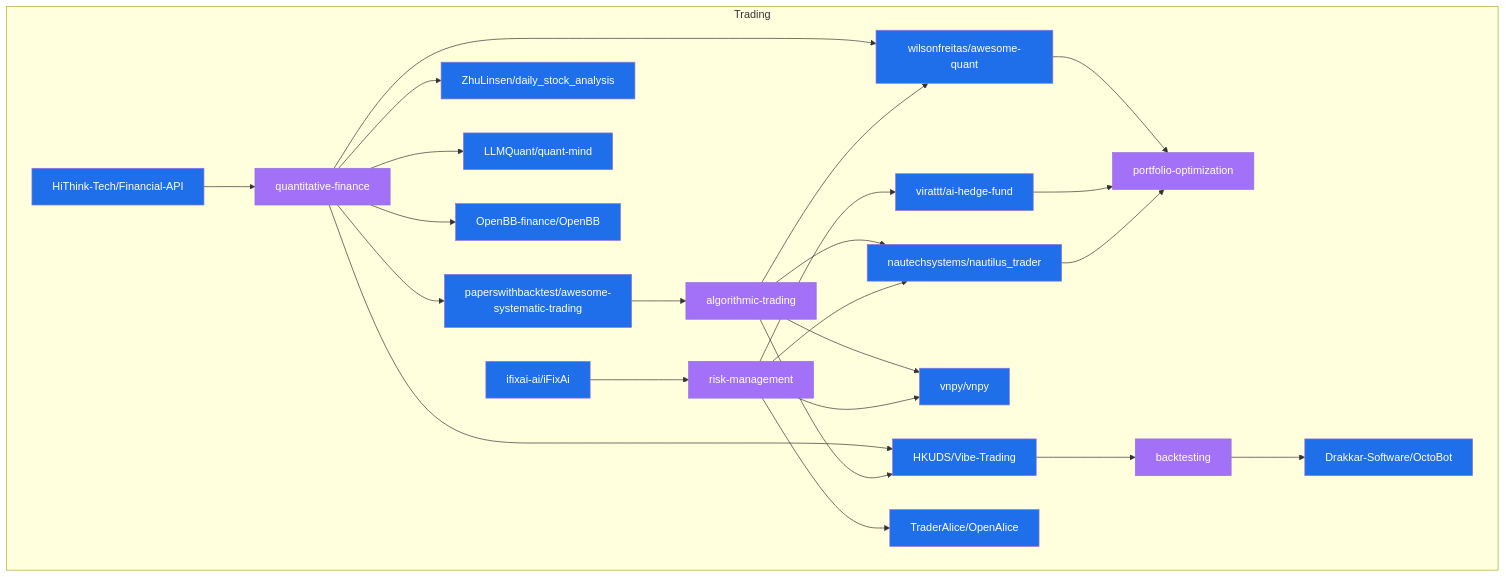
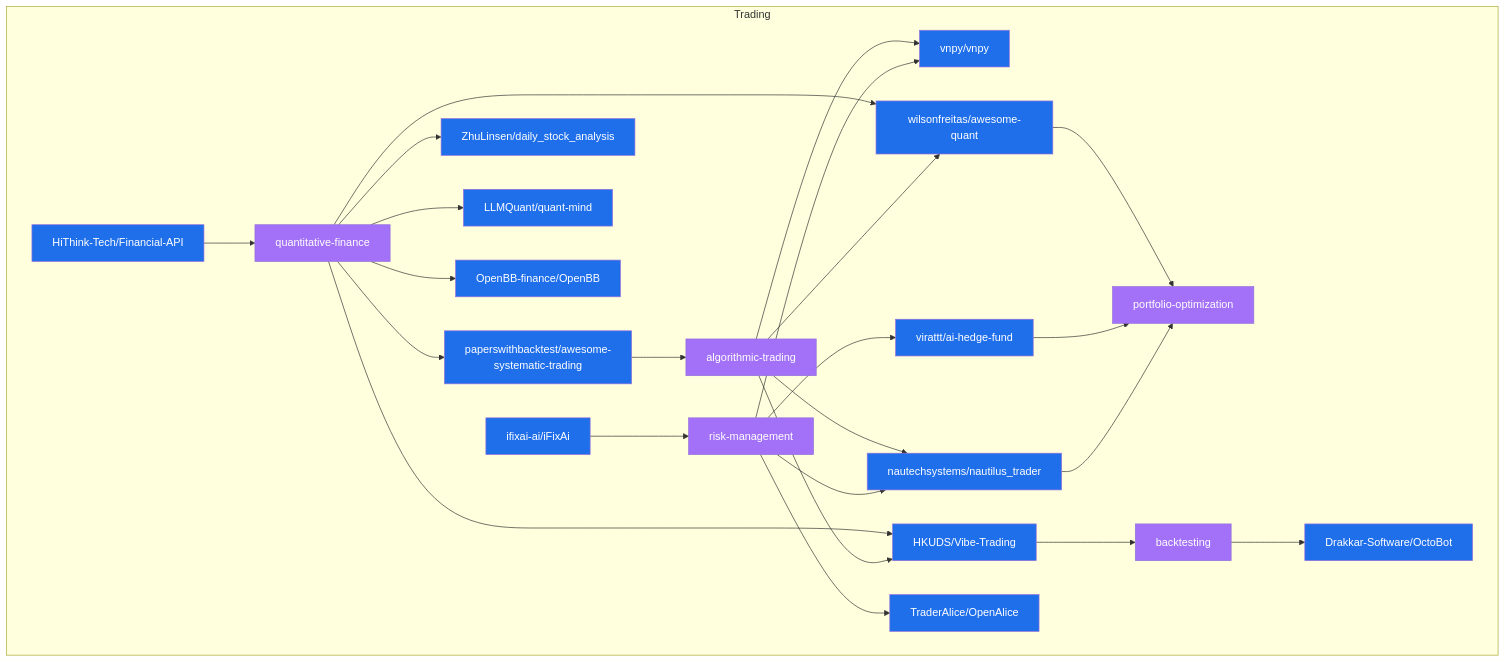
The diagram in data/star_graph_trading.mermaid (Meru143/star-graph), drawn with Mermaid before and after one commit. The commit also changed other lines of this file and 25 other files, not shown here.

Commit message:
feat: validate and explain star graph artifacts

```diff
--- a/data/star_graph_trading.mermaid
+++ b/data/star_graph_trading.mermaid
@@ -1,48 +1,48 @@
 graph TD
   subgraph trading ["Trading"]
+    vnpy_vnpy["vnpy/vnpy"]:::repo
+    paperswithbacktest_awesome_systematic_trading["paperswithbacktest/awesome-systematic-trading"]:::repo
+    nautechsystems_nautilus_trader["nautechsystems/nautilus_trader"]:::repo
+    HiThink_Tech_Financial_API["HiThink-Tech/Financial-API"]:::repo
+    algorithmic_trading["algorithmic-trading"]:::topic
+    portfolio_optimization["portfolio-optimization"]:::topic
     risk_management["risk-management"]:::topic
-    portfolio_optimization["portfolio-optimization"]:::topic
+    HKUDS_Vibe_Trading["HKUDS/Vibe-Trading"]:::repo
+    TraderAlice_OpenAlice["TraderAlice/OpenAlice"]:::repo
     wilsonfreitas_awesome_quant["wilsonfreitas/awesome-quant"]:::repo
+    ifixai_ai_iFixAi["ifixai-ai/iFixAi"]:::repo
+    quantitative_finance["quantitative-finance"]:::topic
+    LLMQuant_quant_mind["LLMQuant/quant-mind"]:::repo
+    OpenBB_finance_OpenBB["OpenBB-finance/OpenBB"]:::repo
+    backtesting["backtesting"]:::topic
+    ZhuLinsen_daily_stock_analysis["ZhuLinsen/daily_stock_analysis"]:::repo
     virattt_ai_hedge_fund["virattt/ai-hedge-fund"]:::repo
-    backtesting["backtesting"]:::topic
-    algorithmic_trading["algorithmic-trading"]:::topic
-    HiThink_Tech_Financial_API["HiThink-Tech/Financial-API"]:::repo
-    quantitative_finance["quantitative-finance"]:::topic
     Drakkar_Software_OctoBot["Drakkar-Software/OctoBot"]:::repo
-    paperswithbacktest_awesome_systematic_trading["paperswithbacktest/awesome-systematic-trading"]:::repo
-    ifixai_ai_iFixAi["ifixai-ai/iFixAi"]:::repo
-    ZhuLinsen_daily_stock_analysis["ZhuLinsen/daily_stock_analysis"]:::repo
-    LLMQuant_quant_mind["LLMQuant/quant-mind"]:::repo
-    TraderAlice_OpenAlice["TraderAlice/OpenAlice"]:::repo
-    vnpy_vnpy["vnpy/vnpy"]:::repo
-    nautechsystems_nautilus_trader["nautechsystems/nautilus_trader"]:::repo
-    OpenBB_finance_OpenBB["OpenBB-finance/OpenBB"]:::repo
-    HKUDS_Vibe_Trading["HKUDS/Vibe-Trading"]:::repo
   end
   HiThink_Tech_Financial_API --> quantitative_finance
   quantitative_finance --> paperswithbacktest_awesome_systematic_trading
   quantitative_finance --> ZhuLinsen_daily_stock_analysis
   quantitative_finance --> wilsonfreitas_awesome_quant
   quantitative_finance --> HKUDS_Vibe_Trading
   quantitative_finance --> LLMQuant_quant_mind
   quantitative_finance --> OpenBB_finance_OpenBB
   paperswithbacktest_awesome_systematic_trading --> algorithmic_trading
   algorithmic_trading --> HKUDS_Vibe_Trading
   algorithmic_trading --> wilsonfreitas_awesome_quant
   algorithmic_trading --> nautechsystems_nautilus_trader
   algorithmic_trading --> vnpy_vnpy
   ifixai_ai_iFixAi --> risk_management
   risk_management --> virattt_ai_hedge_fund
   risk_management --> nautechsystems_nautilus_trader
   risk_management --> TraderAlice_OpenAlice
   risk_management --> vnpy_vnpy
   wilsonfreitas_awesome_quant --> portfolio_optimization
   virattt_ai_hedge_fund --> portfolio_optimization
   HKUDS_Vibe_Trading --> backtesting
   backtesting --> Drakkar_Software_OctoBot
   nautechsystems_nautilus_trader --> portfolio_optimization
   classDef repo fill:#1f6feb,color:#fff;
   classDef topic fill:#a371f7,color:#fff;
   classDef technology fill:#3fb950,color:#fff;
   classDef use_case fill:#d29922,color:#fff;
   classDef architecture fill:#f85149,color:#fff;
```
